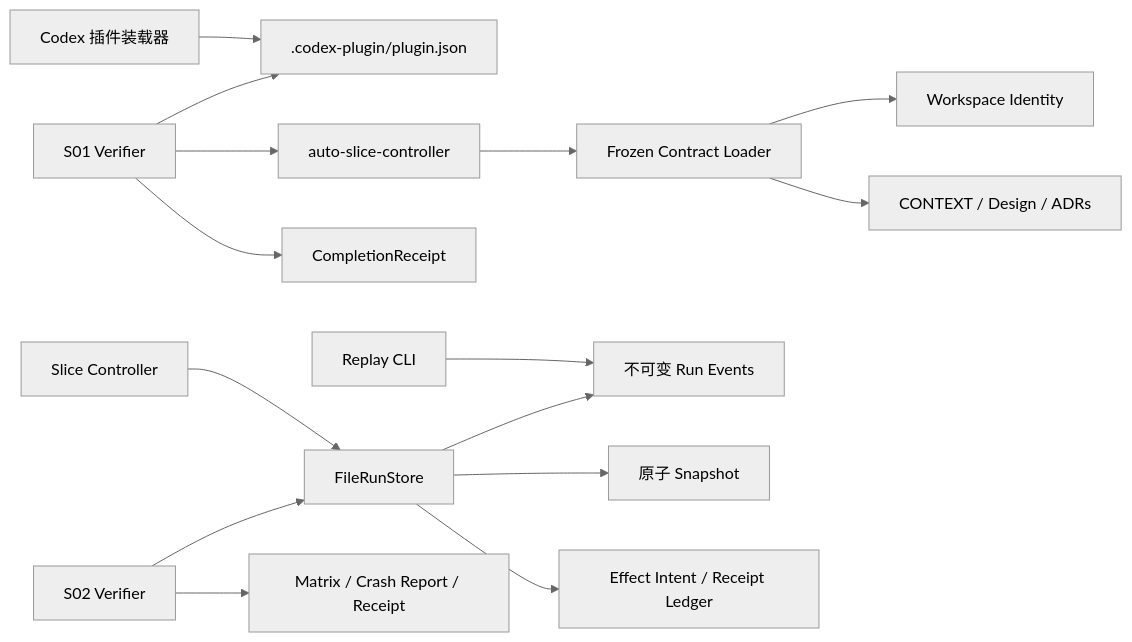
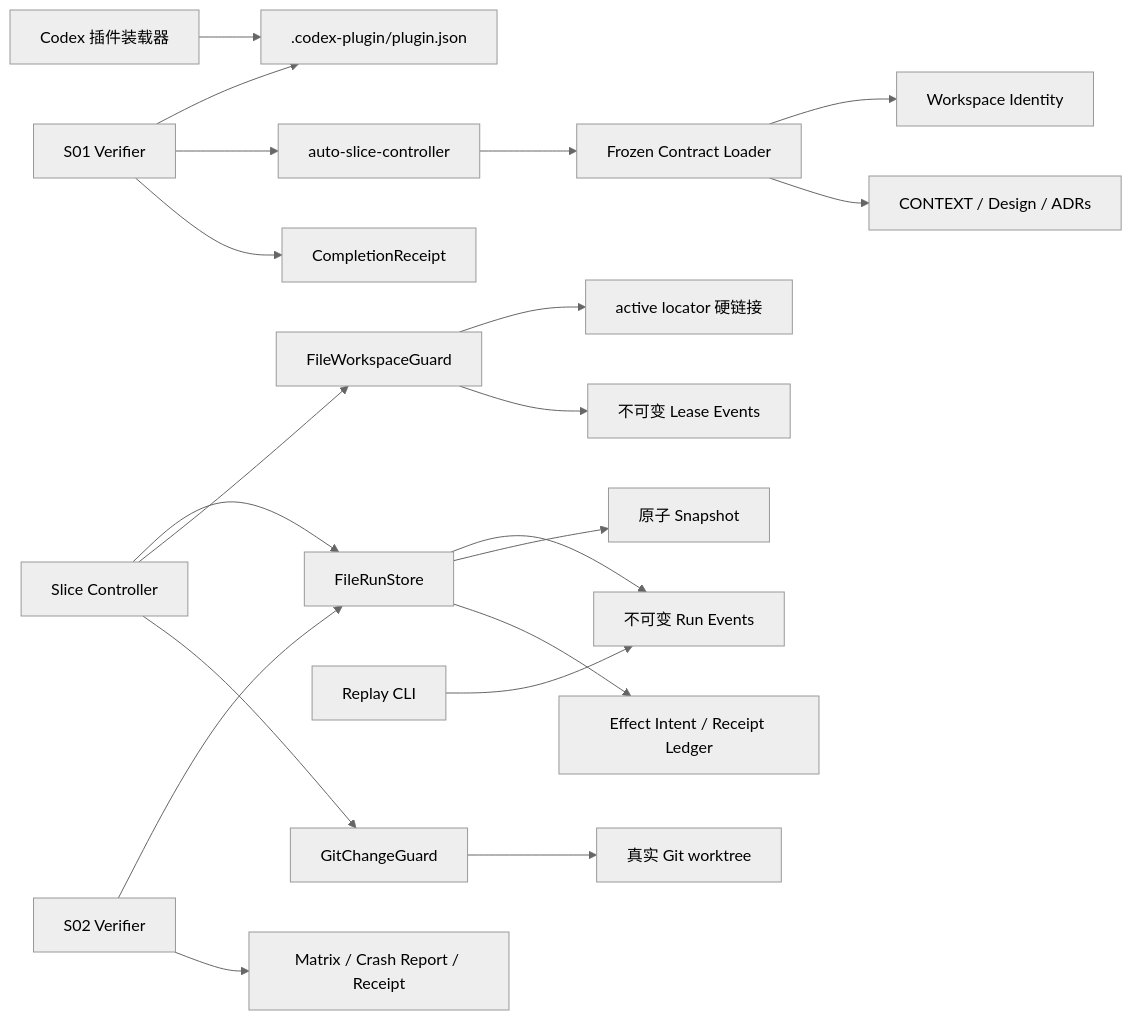
One commit to adaelon/auto-slice changed the diagram in docs/架构.md. Above: the diagram before and after it, drawn with Mermaid (neutral theme). The commit also changed other lines of this file and 17 other files, not shown here.

````diff
--- a/docs/架构.md
+++ b/docs/架构.md
@@ -5,17 +5,22 @@
 ```mermaid
 flowchart LR
   Codex["Codex 插件装载器"] --> Manifest[".codex-plugin/plugin.json"]
   CLI["auto-slice-controller"] --> Loader["Frozen Contract Loader"]
   Loader --> Identity["Workspace Identity"]
   Loader --> Inputs["CONTEXT / Design / ADRs"]
   Controller["Slice Controller"] --> RunStore["FileRunStore"]
   RunStore --> Events["不可变 Run Events"]
   RunStore --> Snapshot["原子 Snapshot"]
   RunStore --> Effects["Effect Intent / Receipt Ledger"]
+  Controller --> WorkspaceGuard["FileWorkspaceGuard"]
+  WorkspaceGuard --> ActiveLease["active locator 硬链接"]
+  WorkspaceGuard --> LeaseEvents["不可变 Lease Events"]
+  Controller --> ChangeGuard["GitChangeGuard"]
+  ChangeGuard --> Git["真实 Git worktree"]
   Replay["Replay CLI"] --> Events
   Verifier["S01 Verifier"] --> Manifest
   Verifier --> CLI
   Verifier --> Receipt["CompletionReceipt"]
   S02Verifier["S02 Verifier"] --> RunStore
   S02Verifier --> S02Evidence["Matrix / Crash Report / Receipt"]
 ```
````
